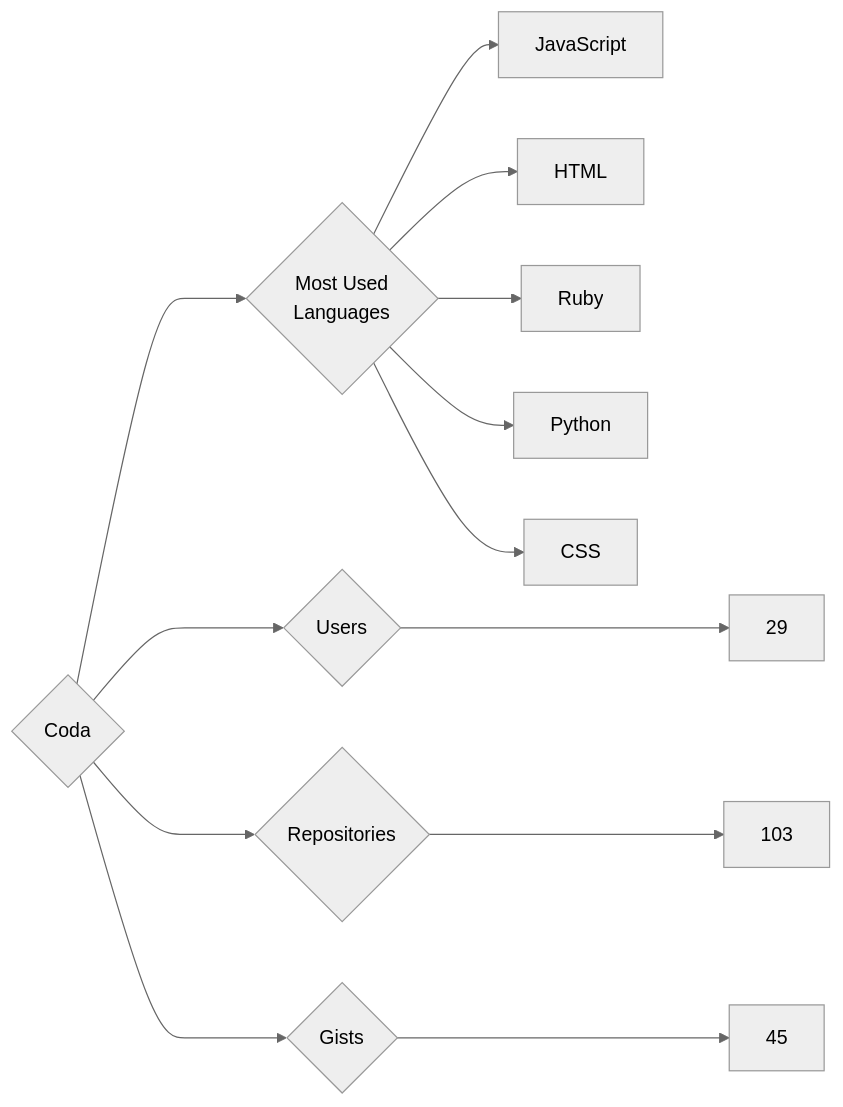
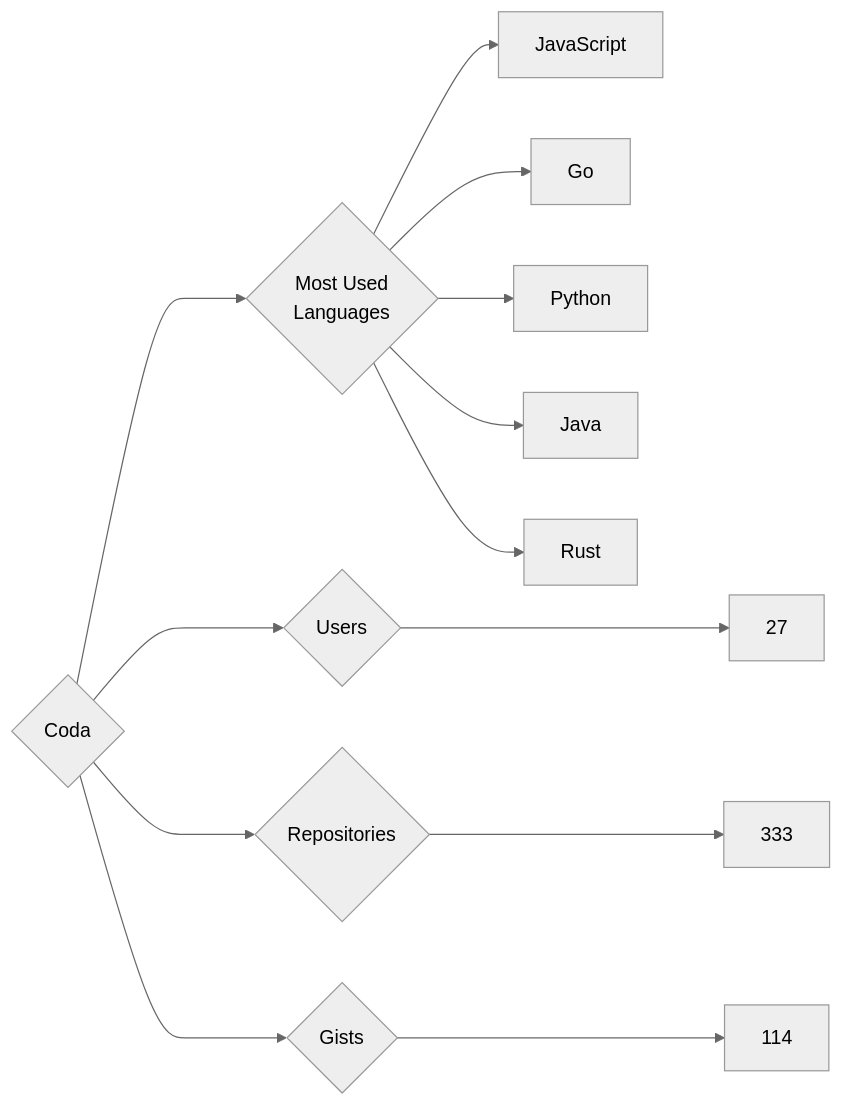
One commit to trickest/insiders changed the diagram in targets/Coda/README.md. Above: the diagram before and after it, drawn with Mermaid (neutral theme). The commit also changed 688 other files, not shown here.

````diff
--- a/targets/Coda/README.md
+++ b/targets/Coda/README.md
@@ -3,13 +3,13 @@
 ```mermaid
 graph LR
 COMPANY_NAME{Coda}
-COMPANY_NAME ---> U{Users} ---> UN[29]
-COMPANY_NAME ---> R{Repositories} ---> RN[103]
-COMPANY_NAME ---> G{Gists} ---> GN[45]
+COMPANY_NAME ---> U{Users} ---> UN[27]
+COMPANY_NAME ---> R{Repositories} ---> RN[333]
+COMPANY_NAME ---> G{Gists} ---> GN[114]
 COMPANY_NAME ---> ML{Most Used<br>Languages}
 ML --> JavaScript[JavaScript]
-ML --> HTML[HTML]
-ML --> Ruby[Ruby]
+ML --> Go[Go]
 ML --> Python[Python]
-ML --> CSS[CSS]
+ML --> Java[Java]
+ML --> Rust[Rust]
 ```
````
